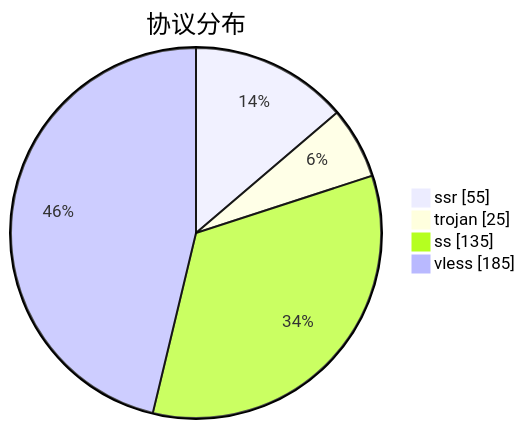
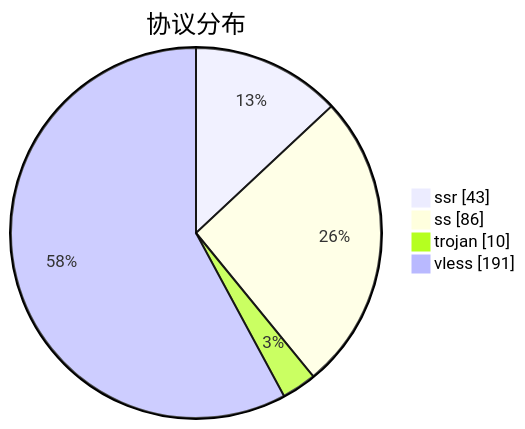
Before and after one commit to qjlxg/airport: the third of 3 diagrams in subs/statistics/tested_within.md, drawn with Mermaid. The commit also changed other lines of this file and 2 other files, not shown here.

````diff
--- a/subs/statistics/tested_within.md
+++ b/subs/statistics/tested_within.md
@@ -18,8 +18,8 @@
 ```mermaid
 pie showData
 title 协议分布
-"ssr" : 55
-"trojan" : 25
-"ss" : 135
-"vless" : 185
+"ssr" : 43
+"ss" : 86
+"trojan" : 10
+"vless" : 191
 ```
````
